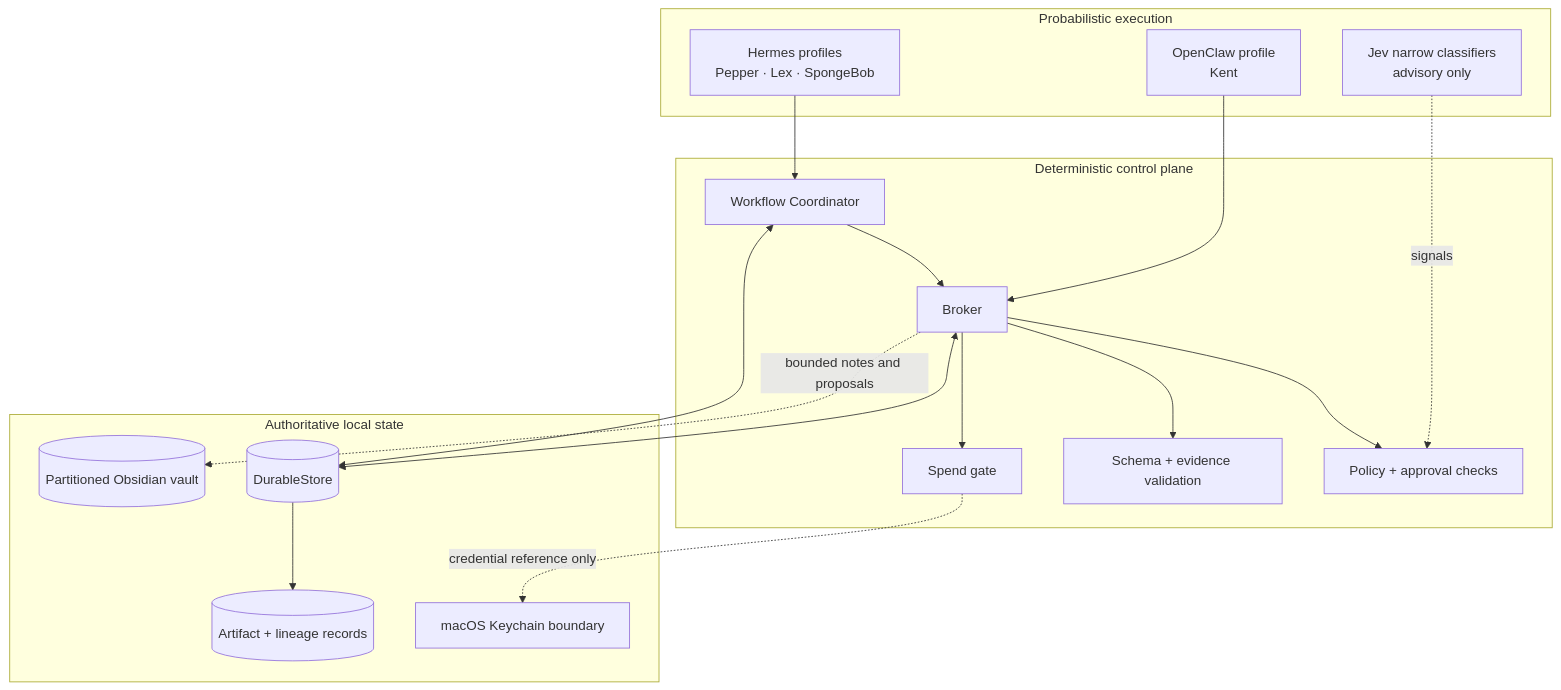
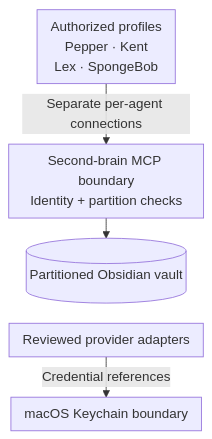
Before and after one commit to kartikhth-byte/AI-Workforce-Showcase: the second of 4 diagrams in docs/architecture.md, drawn with Mermaid. The commit also changed other lines of this file and 3 other files, not shown here.

Commit message:
Correct showcase architecture and workflow boundaries

````diff
--- a/docs/architecture.md
+++ b/docs/architecture.md
@@ -7,36 +29,15 @@
 ```mermaid
-flowchart TB
-    subgraph Harnesses[Probabilistic execution]
-        H[Hermes profiles<br/>Pepper · Lex · SpongeBob]
-        O[OpenClaw profile<br/>Kent]
-        J[Jev narrow classifiers<br/>advisory only]
-    end
-
-    subgraph Control[Deterministic control plane]
-        C[Workflow Coordinator]
-        B[Broker]
-        P[Policy + approval checks]
-        V[Schema + evidence validation]
-        G[Spend gate]
-    end
-
-    subgraph State[Authoritative local state]
-        DS[(DurableStore)]
-        AV[(Artifact + lineage records)]
-        KV[macOS Keychain boundary]
-        OB[(Partitioned Obsidian vault)]
-    end
-
-    H --> C
-    O --> B
-    J -. signals .-> P
-    C --> B
-    B --> P
-    B --> V
-    B --> G
-    C <--> DS
-    B <--> DS
-    DS --> AV
-    G -. credential reference only .-> KV
-    B -. bounded notes and proposals .-> OB
+---
+config:
+  flowchart:
+    nodeSpacing: 12
+    rankSpacing: 24
+    padding: 8
+---
+flowchart TD
+    H[Authorized profiles<br/>Pepper · Kent<br/>Lex · SpongeBob]
+    H -->|Separate per-agent connections| M[Second-brain MCP boundary<br/>Identity + partition checks]
+    M --> V[(Partitioned Obsidian vault)]
+    V ~~~ R
+    R[Reviewed provider adapters] -->|Credential references| K[macOS Keychain boundary]
 ```
````
